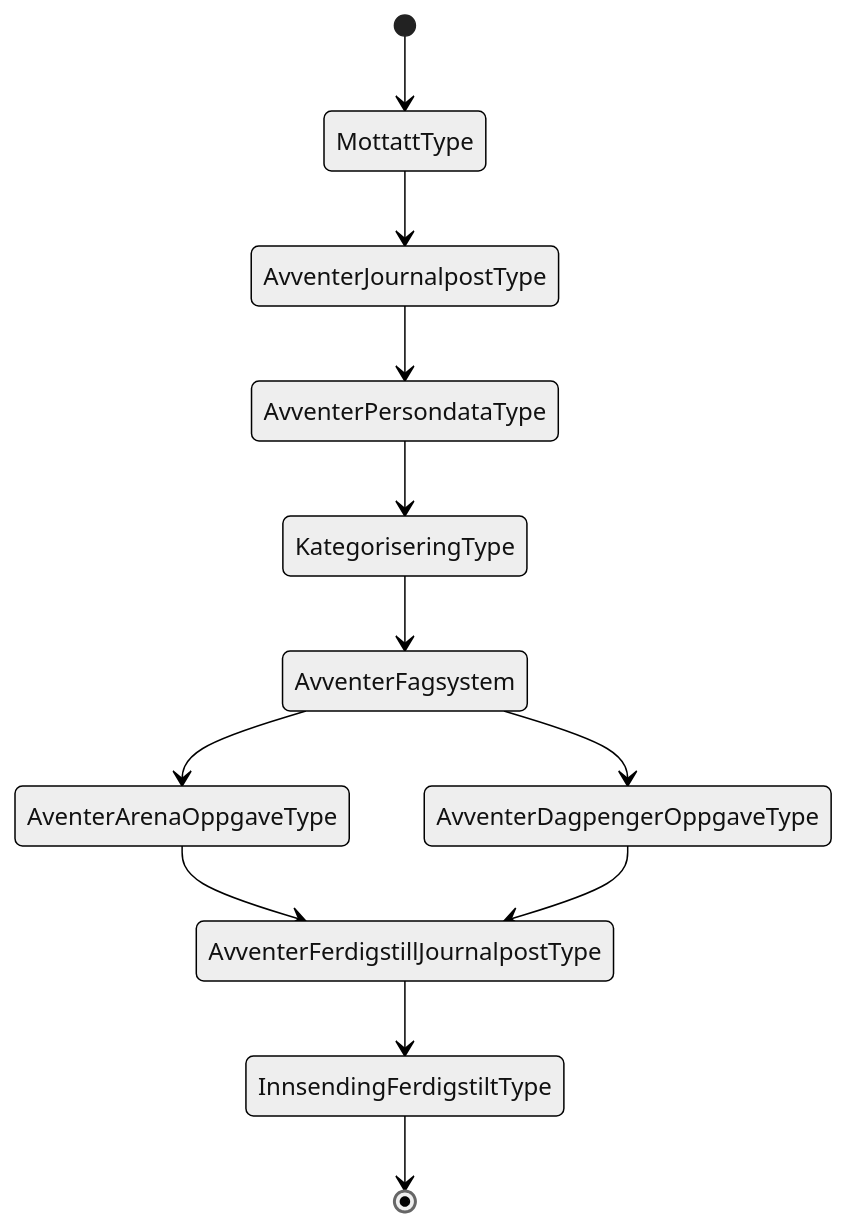
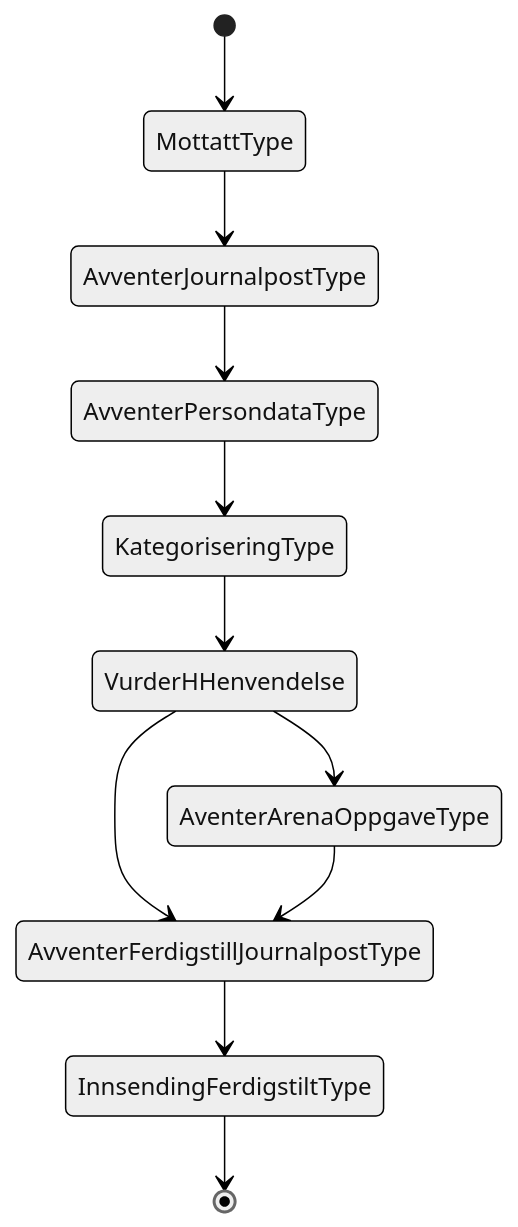
One commit to navikt/dp-mottak changed the diagram in docs/arkitektur/tilstander/NAV 90-00.08.approved.md. Above: the diagram before and after it, drawn with Mermaid (neutral theme). The commit also changed 29 other files, not shown here.

````diff
--- a/docs/arkitektur/tilstander/NAV 90-00.08.approved.md
+++ b/docs/arkitektur/tilstander/NAV 90-00.08.approved.md
@@ -3,14 +3,13 @@
 ```mermaid
    stateDiagram
    [*]-->MottattType
    	MottattType --> AvventerJournalpostType
 	AvventerJournalpostType --> AvventerPersondataType
 	AvventerPersondataType --> KategoriseringType
-	KategoriseringType --> AvventerFagsystem
-    AvventerFagsystem --> AventerArenaOppgaveType
-    AvventerFagsystem --> AvventerDagpengerOppgaveType
+	KategoriseringType --> VurderHHenvendelse
+    VurderHHenvendelse --> AventerArenaOppgaveType
+    VurderHHenvendelse --> AvventerFerdigstillJournalpostType
     AventerArenaOppgaveType --> AvventerFerdigstillJournalpostType
-    AvventerDagpengerOppgaveType --> AvventerFerdigstillJournalpostType
 	AvventerFerdigstillJournalpostType --> InnsendingFerdigstiltType
    InnsendingFerdigstiltType--> [*]    
 ```
````
